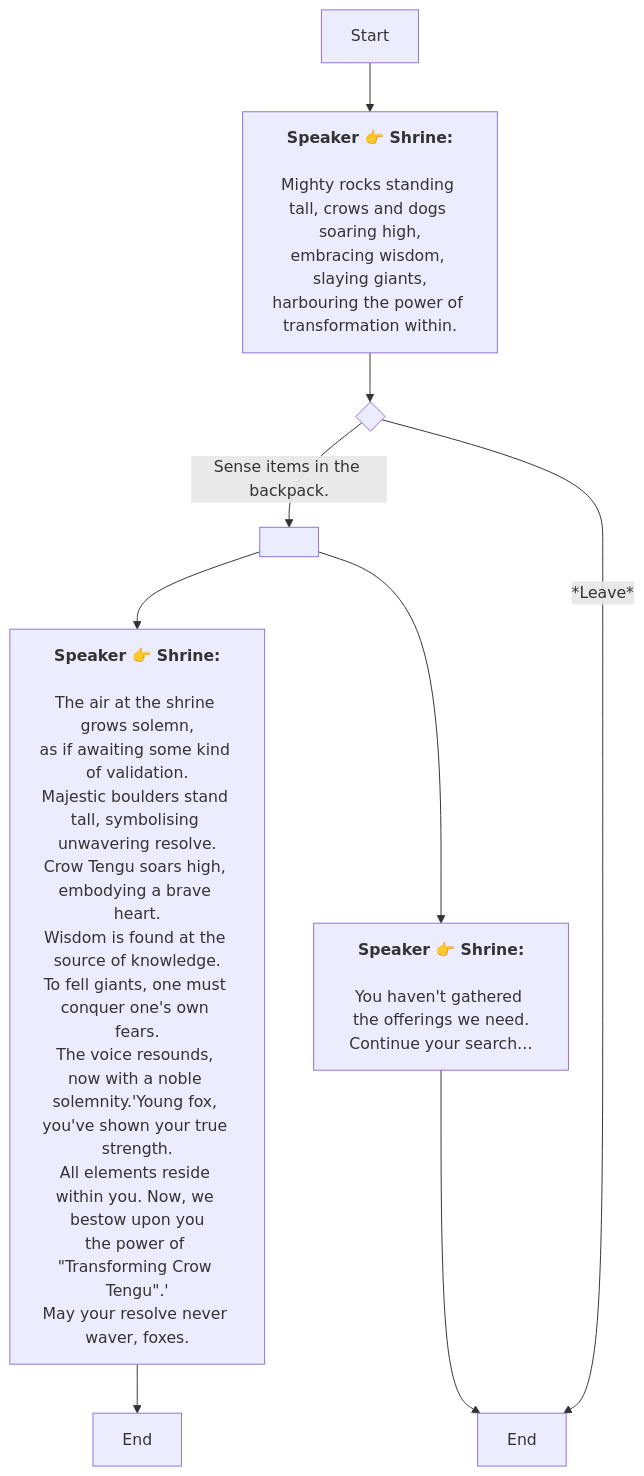
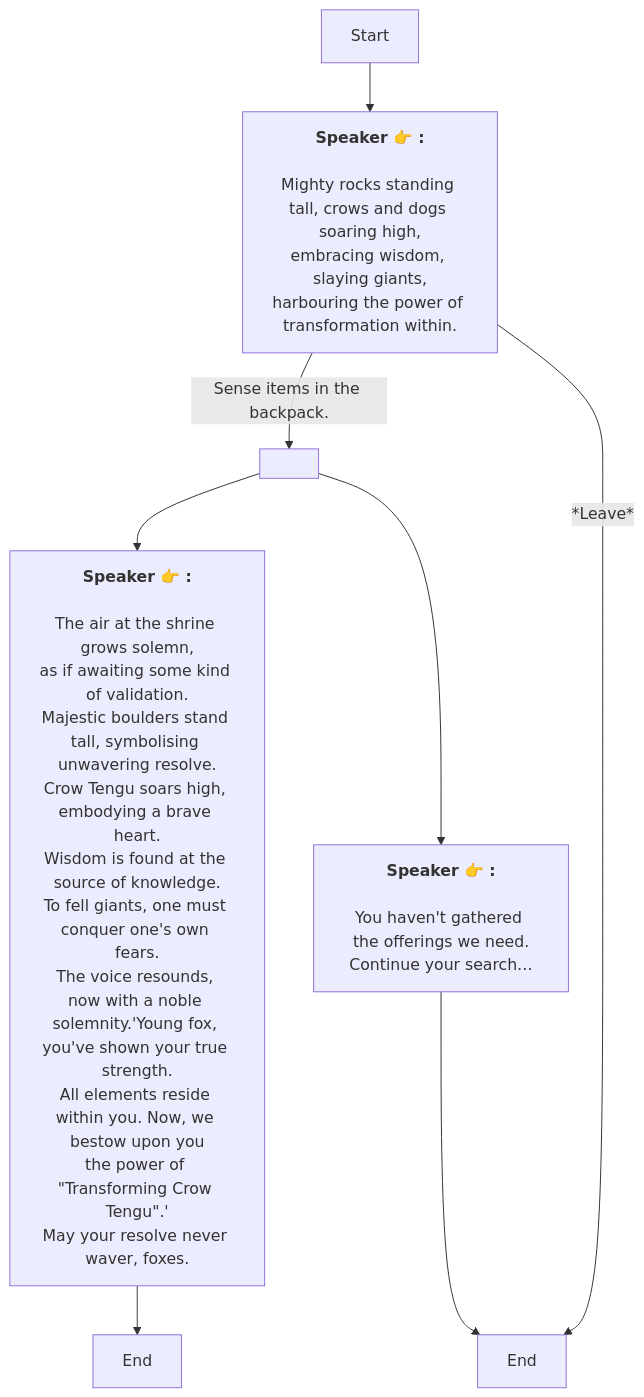
One commit to SoftHu/tos_avg changed the diagram in En/AddDialogNode_1738975568286017.md. Above: the diagram before and after it, drawn with Mermaid. The commit also changed 737 other files, not shown here.

````diff
--- a/En/AddDialogNode_1738975568286017.md
+++ b/En/AddDialogNode_1738975568286017.md
@@ -1,30 +1,23 @@
 ```mermaid
 graph
-Start -->1738975602819396[<b>Speaker 👉 Shrine:</b>
-
-Mighty rocks standing tall, crows and dogs soaring high,
+Start -->1738975602819396[<b>Speaker 👉 :</b>
+\nMighty rocks standing tall, crows and dogs soaring high,
 embracing wisdom, slaying giants,
 harbouring the power of transformation within.]
-1738975602819396 -->1738975641573701{ }
-1738975641573701 -->|Sense items in the backpack.|1738975698541899[ ]
-1738975641573701 -->|*Leave*|1738975792784718[End]
-1738975698541899 -->1738975713146188[<b>Speaker 👉 Shrine:</b>
-
-The air at the shrine grows solemn,
-as if awaiting some kind of validation.
-Majestic boulders stand tall, symbolising unwavering resolve.
+1738975602819396 -->|Sense items in the backpack.|1738975698541899[ ]
+1738975602819396 -->|*Leave*|1738975792784718[End]
+1738975698541899 -->1738975713146188[<b>Speaker 👉 :</b>
+\nThe air at the shrine grows solemn,
+as if awaiting some kind of validation.\nMajestic boulders stand tall, symbolising unwavering resolve.
 Crow Tengu soars high, embodying a brave heart.
 Wisdom is found at the source of knowledge.
-To fell giants, one must conquer one's own fears.
-The voice resounds, now with a noble solemnity.'Young fox, you've shown your true strength.
+To fell giants, one must conquer one's own fears.\nThe voice resounds, now with a noble solemnity.'Young fox, you've shown your true strength.
 All elements reside within you. Now, we bestow upon you
-the power of &quot;Transforming Crow Tengu&quot;.'
-May your resolve never waver, foxes.]
-1738975698541899 -->1738975756244301[<b>Speaker 👉 Shrine:</b>
-
-You haven't gathered the offerings we need.
+the power of &quot;Transforming Crow Tengu&quot;.'\nMay your resolve never waver, foxes.]
+1738975698541899 -->1738975756244301[<b>Speaker 👉 :</b>
+\nYou haven't gathered the offerings we need.
 Continue your search…]
 1738975713146188 -->1738976137127247[End]
 1738975756244301 -->1738975792784718[End]
 
- ```
+```
````
